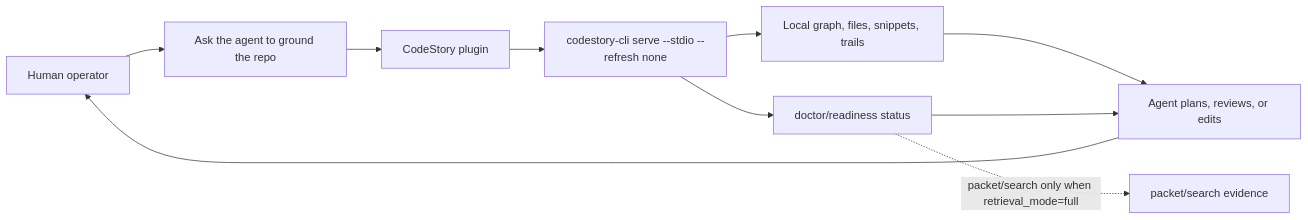
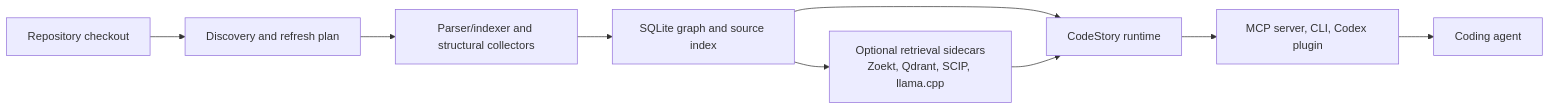
The diagram in README.md (TheGreenCedar/CodeStory), drawn with Mermaid before and after one commit. The commit also changed other lines of this file, not shown here.

Commit message:
rewrite readme product story

````diff
--- a/README.md
+++ b/README.md
@@ -56,12 +83,11 @@
 ```mermaid
 flowchart LR
-    Human["Human operator"] --> Prompt["Ask the agent to ground the repo"]
-    Prompt --> Plugin["CodeStory plugin"]
-    Plugin --> Runtime["codestory-cli serve --stdio --refresh none"]
-    Runtime --> Evidence["Local graph, files, snippets, trails"]
-    Runtime --> Readiness["doctor/readiness status"]
-    Evidence --> Agent["Agent plans, reviews, or edits"]
-    Readiness --> Agent
-    Agent --> Human
-    Readiness -. "packet/search only when retrieval_mode=full" .-> Packet["packet/search evidence"]
+    Repo["Repository checkout"] --> Discovery["Discovery and refresh plan"]
+    Discovery --> Indexer["Parser/indexer and structural collectors"]
+    Indexer --> Graph["SQLite graph and source index"]
+    Graph --> Sidecars["Optional retrieval sidecars<br/>Zoekt, Qdrant, SCIP, llama.cpp"]
+    Graph --> Runtime["CodeStory runtime"]
+    Sidecars --> Runtime
+    Runtime --> Surfaces["MCP server, CLI, Codex plugin"]
+    Surfaces --> Agent["Coding agent"]
 ```
````
